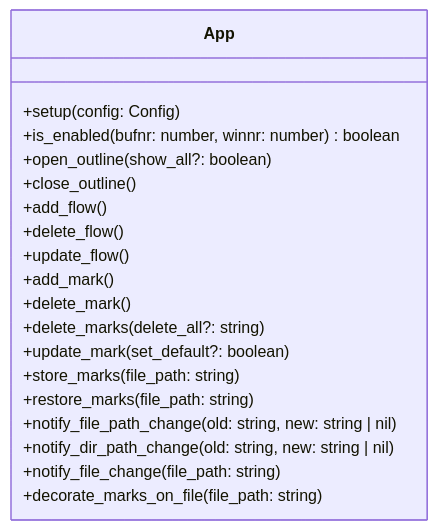
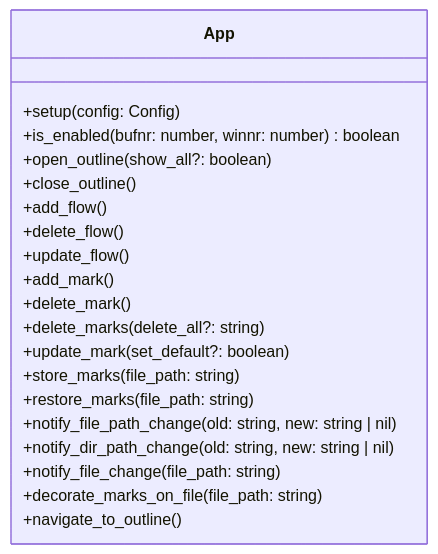
The first of 2 diagrams in README.md (niuiic/track.nvim), drawn with Mermaid before and after one commit. The commit also changed other lines of this file and 5 other files, not shown here.

````diff
--- a/README.md
+++ b/README.md
@@ -36,27 +36,28 @@
 ```mermaid
 classDiagram
     class App {
         %% config
         +setup(config: Config)
         %% enable
         +is_enabled(bufnr: number, winnr: number) boolean
         %% outline
         +open_outline(show_all?: boolean)
         +close_outline()
         %% flow
         +add_flow()
         +delete_flow()
         +update_flow()
         %% mark
         +add_mark()
         +delete_mark()
         +delete_marks(delete_all?: string)
         +update_mark(set_default?: boolean)
         +store_marks(file_path: string)
         +restore_marks(file_path: string)
         +notify_file_path_change(old: string, new: string | nil)
         +notify_dir_path_change(old: string, new: string | nil)
         +notify_file_change(file_path: string)
         +decorate_marks_on_file(file_path: string)
+        +navigate_to_outline()
     }
 ```
````
